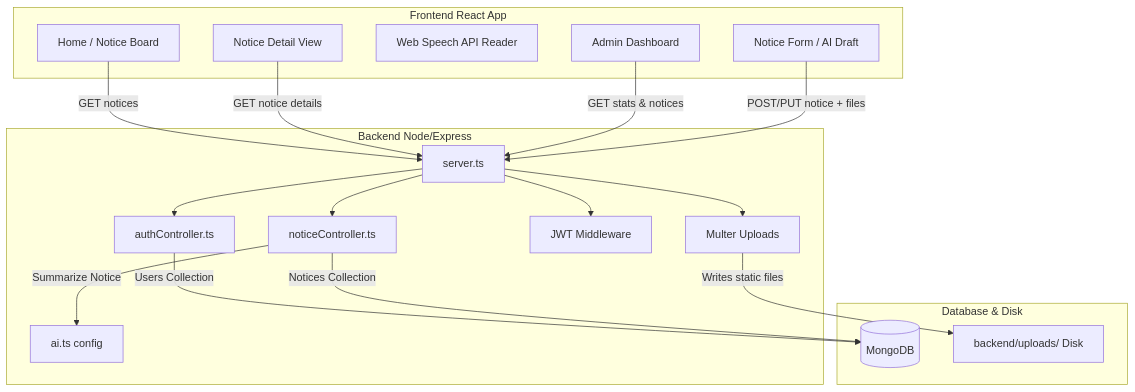
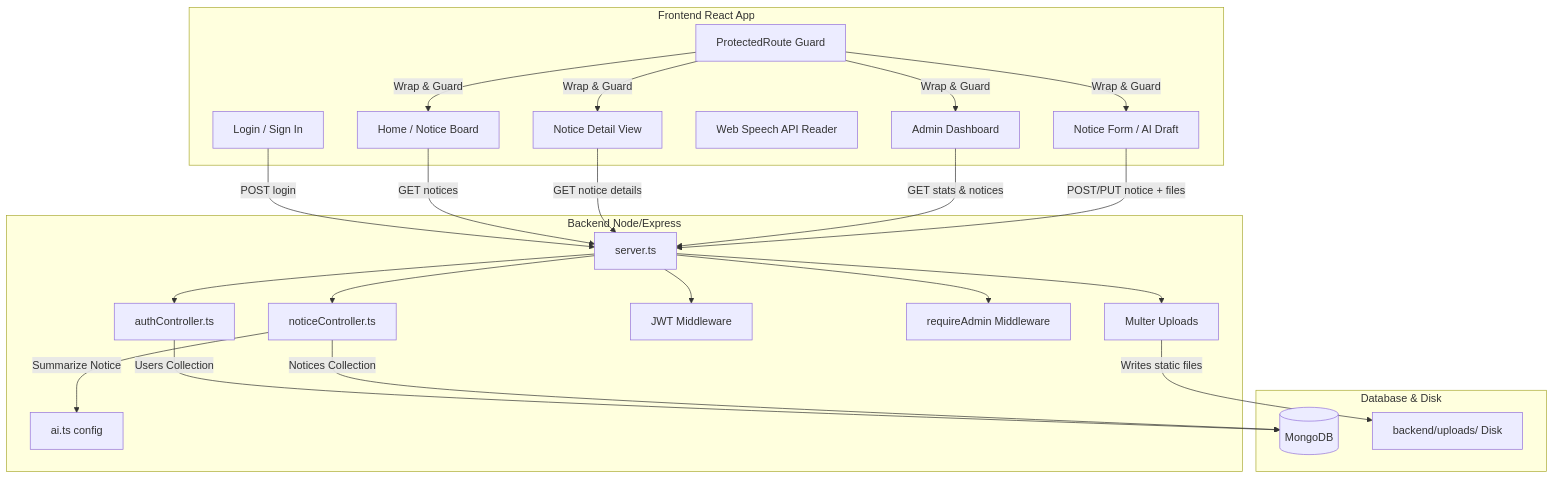
Before and after one commit to dheekshakannan/Digital-Noticeboard: the diagram in README.md, drawn with Mermaid. The commit also changed other lines of this file, not shown here.

Commit message:
docs: update README with role-based auth, protected routes, and end-of-day IST expiry details

````diff
--- a/README.md
+++ b/README.md
@@ -15,39 +15,49 @@
 ```mermaid
 graph TD
     subgraph Client [Frontend React App]
+        Login[Login / Sign In]
+        ProtectedRoute[ProtectedRoute Guard]
         Home[Home / Notice Board]
         Detail[Notice Detail View]
         VoiceReader[Web Speech API Reader]
         Dashboard[Admin Dashboard]
         NoticeForm[Notice Form / AI Draft]
     end
 
     subgraph Server [Backend Node/Express]
         ServerEntry[server.ts]
         AuthCtrl[authController.ts]
         NoticeCtrl[noticeController.ts]
         AuthMW[JWT Middleware]
+        AdminMW[requireAdmin Middleware]
         UploadMW[Multer Uploads]
         Gemini[ai.ts config]
     end
 
     subgraph DB [Database & Disk]
         Mongo[(MongoDB)]
         UploadsDir[backend/uploads/ Disk]
     end
 
+    Login -->|POST login| ServerEntry
+    ProtectedRoute -->|Wrap & Guard| Home
+    ProtectedRoute -->|Wrap & Guard| Detail
+    ProtectedRoute -->|Wrap & Guard| Dashboard
+    ProtectedRoute -->|Wrap & Guard| NoticeForm
+    
     Home -->|GET notices| ServerEntry
     Detail -->|GET notice details| ServerEntry
     Dashboard -->|GET stats & notices| ServerEntry
     NoticeForm -->|POST/PUT notice + files| ServerEntry
     
     ServerEntry --> AuthMW
+    ServerEntry --> AdminMW
     ServerEntry --> UploadMW
     ServerEntry --> AuthCtrl
     ServerEntry --> NoticeCtrl
     NoticeCtrl -->|Summarize Notice| Gemini
     
     AuthCtrl -->|Users Collection| Mongo
     NoticeCtrl -->|Notices Collection| Mongo
     UploadMW -->|Writes static files| UploadsDir
 ```
````
